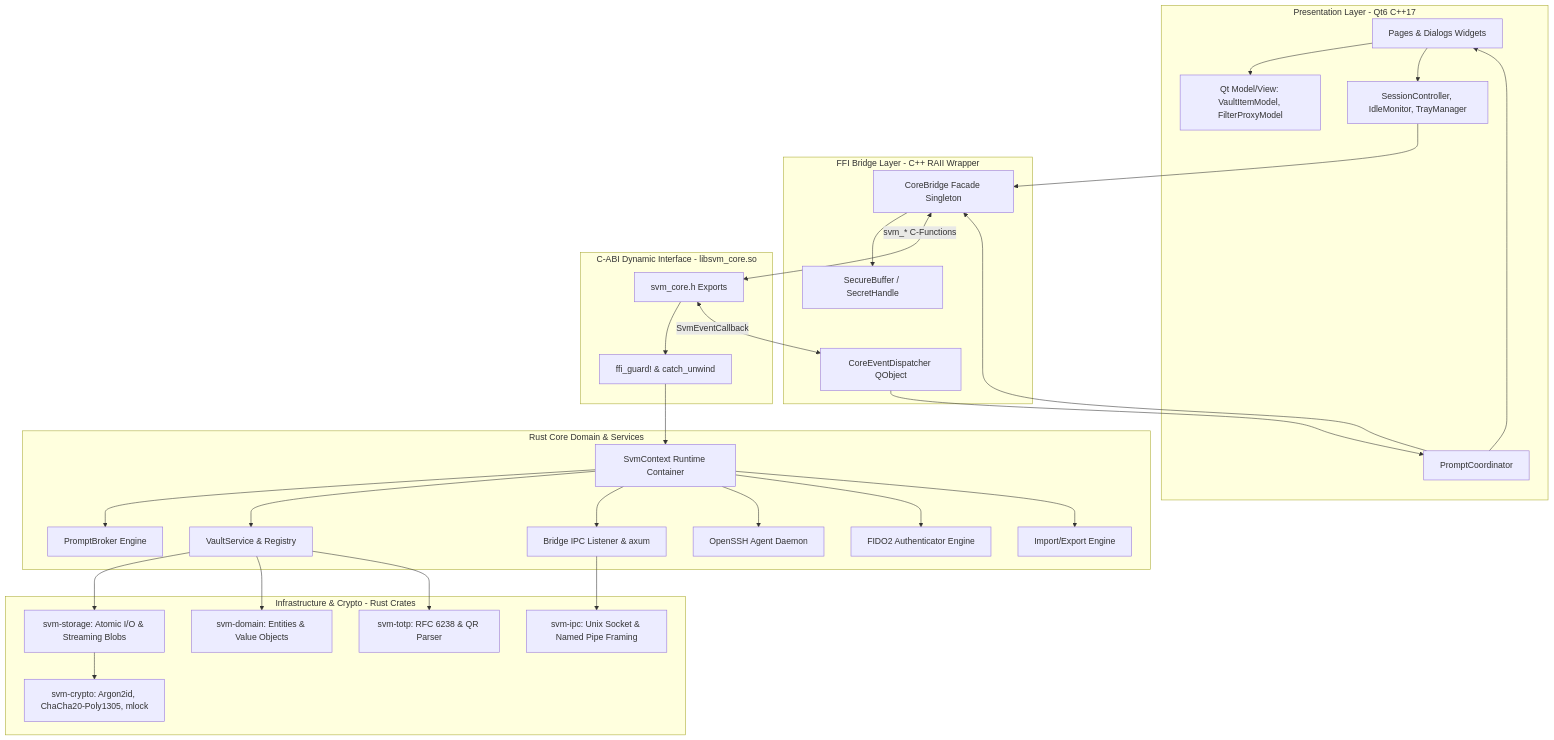
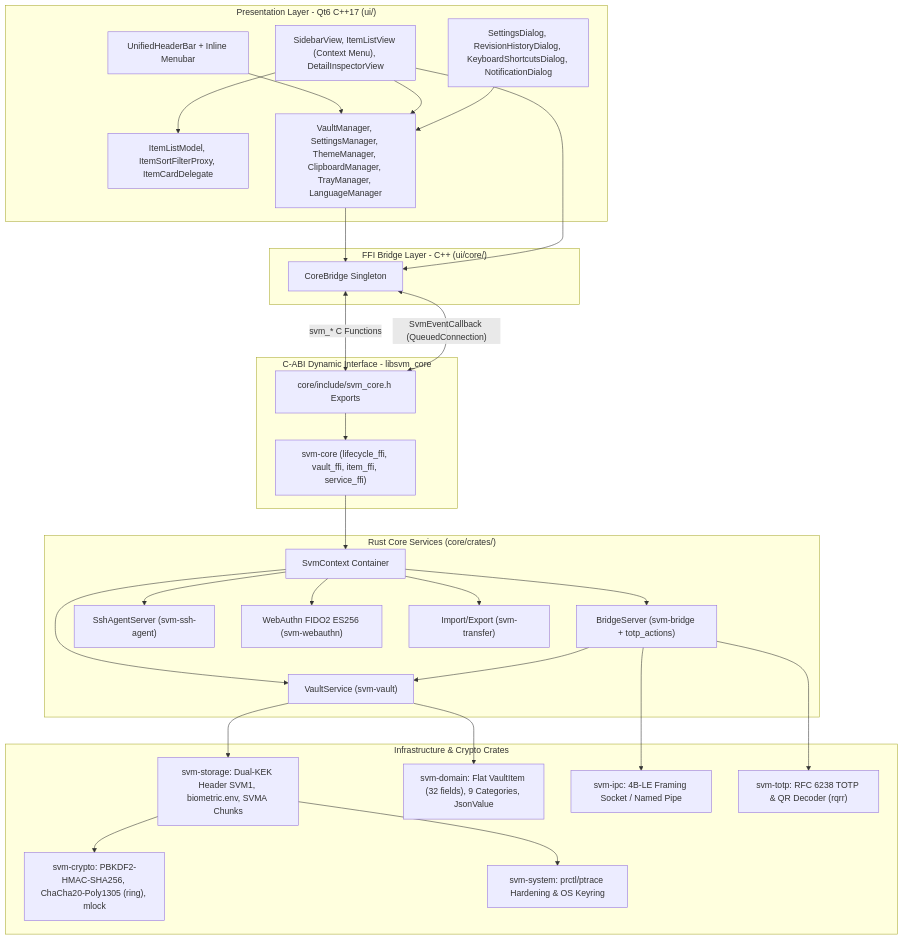
Before and after one commit to hephaestus-developers/secure-vault-manager: the first of 2 diagrams in docs/03. SAD - Software Architecture Document.md, drawn with Mermaid. The commit also changed other lines of this file and 11 other files, not shown here.

````diff
--- a/docs/03. SAD - Software Architecture Document.md
+++ b/docs/03. SAD - Software Architecture Document.md
@@ -23,63 +23,51 @@
 ```mermaid
 graph TD
-    subgraph Layer_Presentation [Presentation Layer - Qt6 C++17]
-        Views[Pages & Dialogs Widgets]
-        Models[Qt Model/View: VaultItemModel, FilterProxyModel]
-        Controllers[SessionController, IdleMonitor, TrayManager]
-        Coord[PromptCoordinator]
+    subgraph Layer_Presentation ["Presentation Layer - Qt6 C++17 (ui/)"]
+        Header["UnifiedHeaderBar + Inline Menubar"]
+        Views["SidebarView, ItemListView (Context Menu), DetailInspectorView"]
+        Dialogs["SettingsDialog, RevisionHistoryDialog, KeyboardShortcutsDialog, NotificationDialog"]
+        Models["ItemListModel, ItemSortFilterProxy, ItemCardDelegate"]
+        Managers["VaultManager, SettingsManager, ThemeManager, ClipboardManager, TrayManager, LanguageManager"]
+        Header & Views & Dialogs --> Managers
         Views --> Models
-        Views --> Controllers
-        Coord --> Views
     end
 
-    subgraph Layer_FFI_Adapter [FFI Bridge Layer - C++ RAII Wrapper]
-        CoreBridge[CoreBridge Facade Singleton]
-        EventDispatcher[CoreEventDispatcher QObject]
-        SecureBuffer[SecureBuffer / SecretHandle]
-        Controllers --> CoreBridge
-        Coord --> CoreBridge
-        EventDispatcher --> Coord
-        CoreBridge --> SecureBuffer
+    subgraph Layer_FFI_Adapter ["FFI Bridge Layer - C++ (ui/core/)"]
+        CoreBridge["CoreBridge Singleton"]
+        Managers & Views --> CoreBridge
     end
 
-    subgraph Layer_C_ABI [C-ABI Dynamic Interface - libsvm_core.so]
-        ABI_Exports[svm_core.h Exports]
-        GuardMacro[ffi_guard! & catch_unwind]
-        ABI_Exports --> GuardMacro
+    subgraph Layer_C_ABI ["C-ABI Dynamic Interface - libsvm_core"]
+        ABI_Exports["core/include/svm_core.h Exports"]
+        RustFFI["svm-core (lifecycle_ffi, vault_ffi, item_ffi, service_ffi)"]
+        ABI_Exports --> RustFFI
     end
 
-    subgraph Layer_Core_Domain [Rust Core Domain & Services]
-        SvmContext[SvmContext Runtime Container]
-        PromptBroker[PromptBroker Engine]
-        VaultService[VaultService & Registry]
-        BridgeService[Bridge IPC Listener & axum]
-        SshService[OpenSSH Agent Daemon]
-        WebAuthnService[FIDO2 Authenticator Engine]
-        TransferService[Import/Export Engine]
-        
-        GuardMacro --> SvmContext
-        SvmContext --> PromptBroker
-        SvmContext --> VaultService
-        SvmContext --> BridgeService
-        SvmContext --> SshService
-        SvmContext --> WebAuthnService
-        SvmContext --> TransferService
+    subgraph Layer_Core_Domain ["Rust Core Services (core/crates/)"]
+        SvmContext["SvmContext Container"]
+        VaultService["VaultService (svm-vault)"]
+        BridgeService["BridgeServer (svm-bridge + totp_actions)"]
+        SshService["SshAgentServer (svm-ssh-agent)"]
+        WebAuthnService["WebAuthn FIDO2 ES256 (svm-webauthn)"]
+        TransferService["Import/Export (svm-transfer)"]
+
+        RustFFI --> SvmContext
+        SvmContext --> VaultService & BridgeService & SshService & WebAuthnService & TransferService
     end
 
-    subgraph Layer_Infrastructure [Infrastructure & Crypto - Rust Crates]
-        Storage[svm-storage: Atomic I/O & Streaming Blobs]
-        Crypto[svm-crypto: Argon2id, ChaCha20-Poly1305, mlock]
-        Domain[svm-domain: Entities & Value Objects]
-        IPC[svm-ipc: Unix Socket & Named Pipe Framing]
-        Totp[svm-totp: RFC 6238 & QR Parser]
+    subgraph Layer_Infrastructure ["Infrastructure & Crypto Crates"]
+        Storage["svm-storage: Dual-KEK Header SVM1, biometric.env, SVMA Chunks"]
+        Crypto["svm-crypto: PBKDF2-HMAC-SHA256, ChaCha20-Poly1305 (ring), mlock"]
+        Domain["svm-domain: Flat VaultItem (32 fields), 9 Categories, JsonValue"]
+        IPC["svm-ipc: 4B-LE Framing Socket / Named Pipe"]
+        Totp["svm-totp: RFC 6238 TOTP & QR Decoder (rqrr)"]
+        System["svm-system: prctl/ptrace Hardening & OS Keyring"]
 
-        VaultService --> Storage
-        Storage --> Crypto
-        VaultService --> Domain
-        BridgeService --> IPC
-        VaultService --> Totp
+        VaultService --> Storage & Domain
+        Storage --> Crypto & System
+        BridgeService --> IPC & Totp & VaultService
     end
 
-    CoreBridge <-->|svm_* C-Functions| ABI_Exports
-    ABI_Exports <-->|SvmEventCallback| EventDispatcher
+    CoreBridge <-->|"svm_* C Functions"| ABI_Exports
+    ABI_Exports <-->|"SvmEventCallback (QueuedConnection)"| CoreBridge
 ```
````
